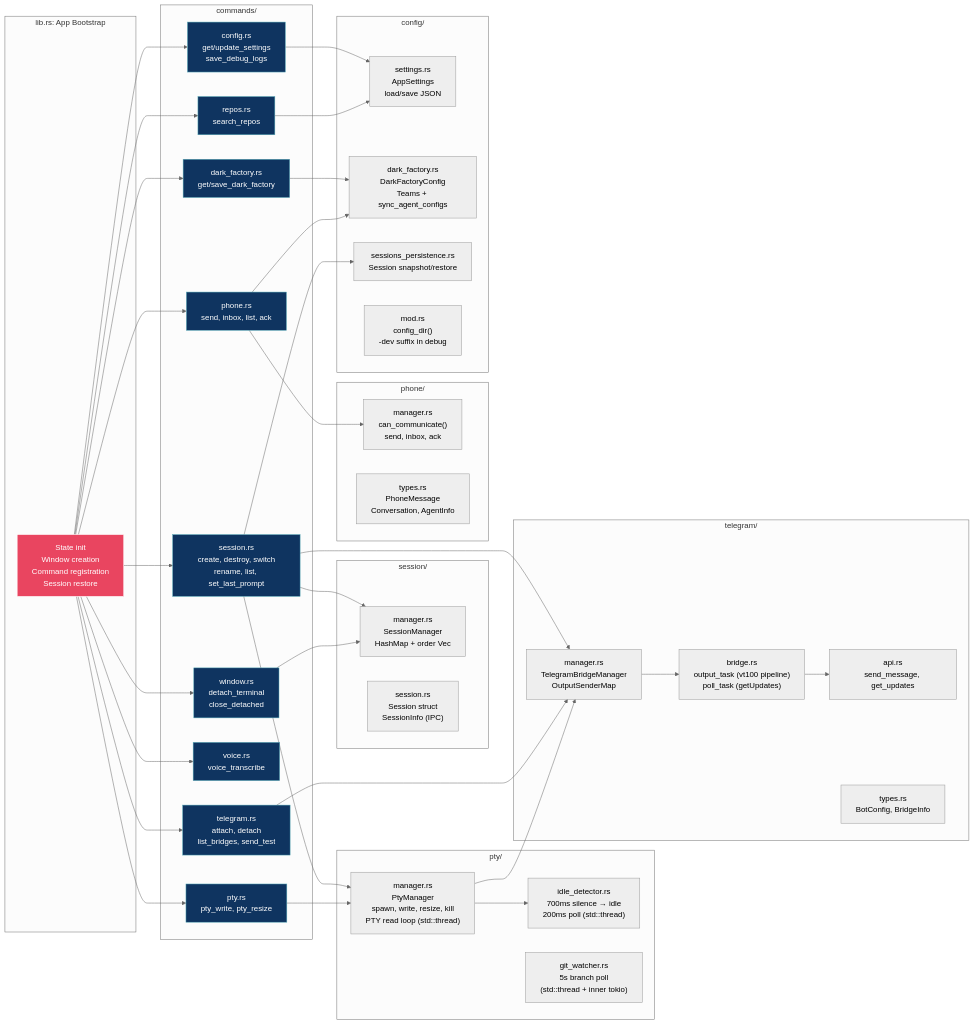
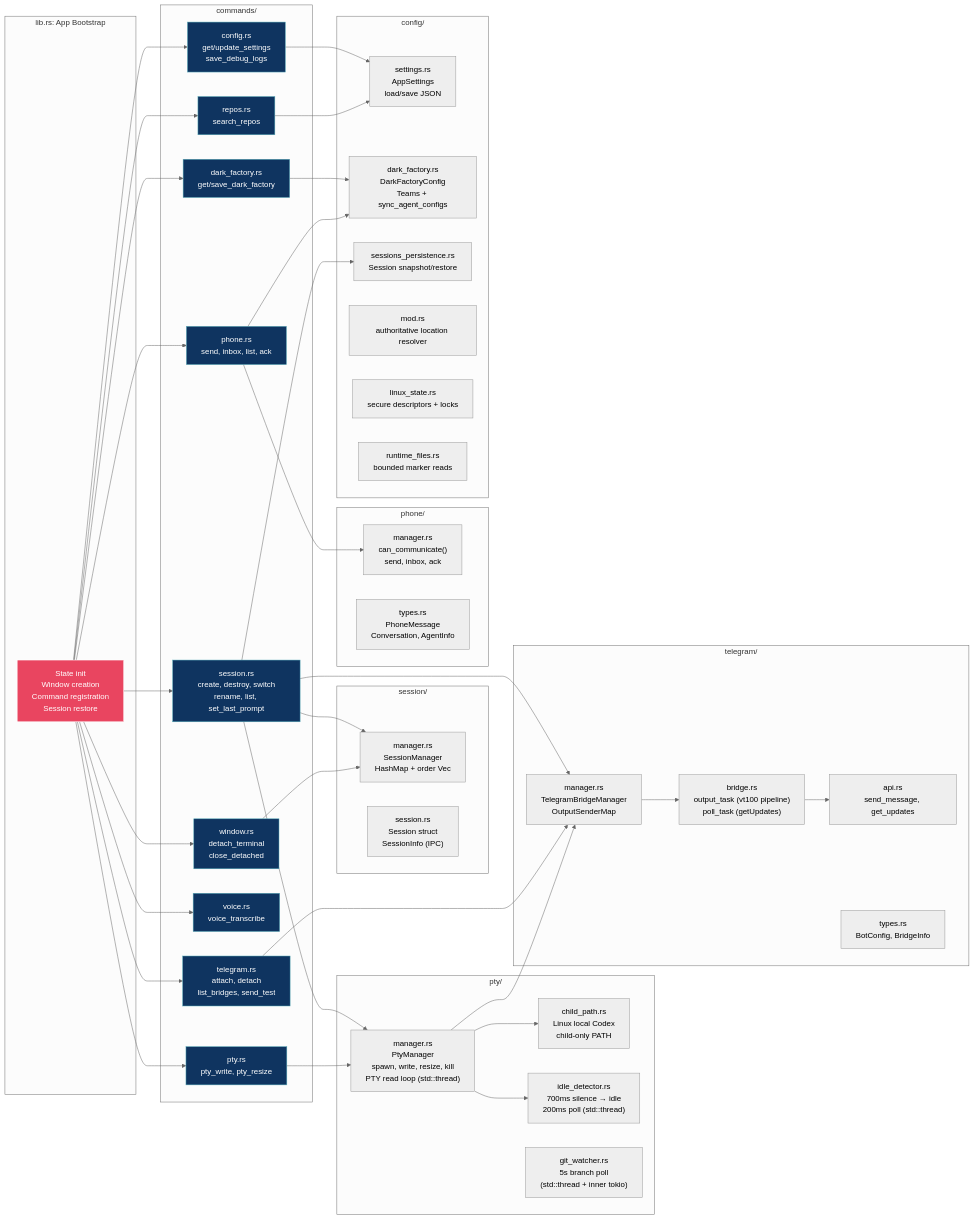
The second of 16 diagrams in docs/reference/architecture.md (mblua/AgentsCommander), drawn with Mermaid (neutral theme) before and after one commit. The commit also changed other lines of this file and 95 other files, not shown here.

Commit message:
fix(linux): secure DEB state and Codex child PATH

```diff
--- a/docs/reference/architecture.md
+++ b/docs/reference/architecture.md
@@ -99,6 +99,7 @@
 
     subgraph "pty/"
         P_MGR["manager.rs<br/>PtyManager<br/>spawn, write, resize, kill<br/>PTY read loop (std::thread)"]
+        P_PATH["child_path.rs<br/>Linux local Codex<br/>child-only PATH"]
         P_IDLE["idle_detector.rs<br/>700ms silence → idle<br/>200ms poll (std::thread)"]
         P_GIT["git_watcher.rs<br/>5s branch poll<br/>(std::thread + inner tokio)"]
     end
@@ -119,7 +120,9 @@
         CFG_SET["settings.rs<br/>AppSettings<br/>load/save JSON"]
         CFG_DF["dark_factory.rs<br/>DarkFactoryConfig<br/>Teams + sync_agent_configs"]
         CFG_PERSIST["sessions_persistence.rs<br/>Session snapshot/restore"]
-        CFG_MOD["mod.rs<br/>config_dir()<br/>-dev suffix in debug"]
+        CFG_MOD["mod.rs<br/>authoritative location resolver"]
+        CFG_LINUX["linux_state.rs<br/>secure descriptors + locks"]
+        CFG_RUNTIME["runtime_files.rs<br/>bounded marker reads"]
     end
 
     BOOTSTRAP --> C_SESSION
@@ -148,6 +151,7 @@
     T_MGR --> T_BRIDGE
     T_BRIDGE --> T_API
     P_MGR --> P_IDLE
+    P_MGR --> P_PATH
     P_MGR --> T_MGR
 
     style BOOTSTRAP fill:#e94560,stroke:#fff,color:#fff
```
